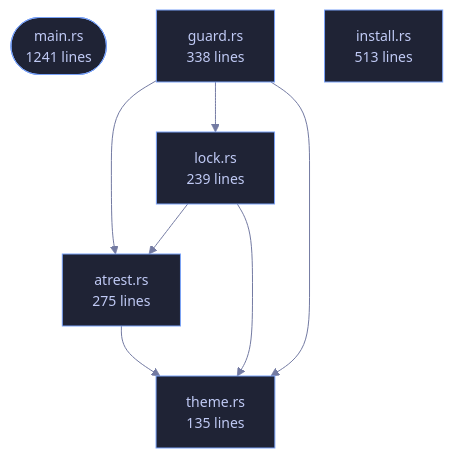
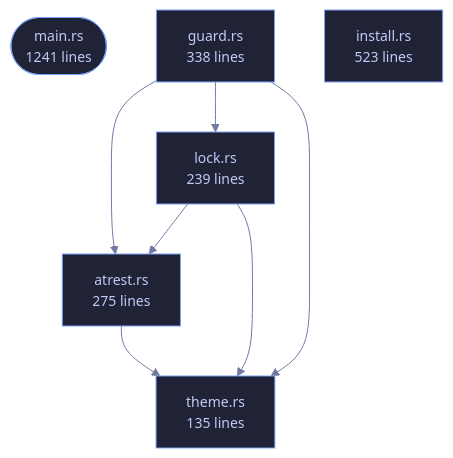
One commit to tilas01/veilvoice changed the diagram in crates/veilvoice-cli/README.md. Above: the diagram before and after it, drawn with Mermaid. The commit also changed other lines of this file and 8 other files, not shown here.

````diff
--- a/crates/veilvoice-cli/README.md
+++ b/crates/veilvoice-cli/README.md
@@ -80,22 +80,22 @@
 ```mermaid
 %%{init: {"theme":"base","themeVariables":{"background":"#1a1b26","primaryColor":"#1f2335","primaryTextColor":"#c0caf5","primaryBorderColor":"#7aa2f7","secondaryColor":"#16161e","tertiaryColor":"#16161e","lineColor":"#737aa2","textColor":"#c0caf5","mainBkg":"#1f2335","nodeBorder":"#7aa2f7","clusterBkg":"#16161e","clusterBorder":"#2f3549","fontFamily":"ui-monospace, SFMono-Regular, Consolas, monospace","fontSize":"14px"}}}%%
 flowchart TD
     n_main(["main.rs<br/>1241 lines"])
     n_atrest["atrest.rs<br/>275 lines"]
     n_guard["guard.rs<br/>338 lines"]
-    n_install["install.rs<br/>513 lines"]
+    n_install["install.rs<br/>523 lines"]
     n_lock["lock.rs<br/>239 lines"]
     n_theme["theme.rs<br/>135 lines"]
     n_atrest --> n_theme
     n_guard --> n_atrest
     n_guard --> n_lock
     n_guard --> n_theme
     n_lock --> n_atrest
     n_lock --> n_theme
     click n_main href "https://github.com/tilas01/veilvoice/blob/main/crates/veilvoice-cli/src/main.rs" "open the source"
     click n_atrest href "https://github.com/tilas01/veilvoice/blob/main/crates/veilvoice-cli/src/atrest.rs" "open the source"
     click n_guard href "https://github.com/tilas01/veilvoice/blob/main/crates/veilvoice-cli/src/guard.rs" "open the source"
     click n_install href "https://github.com/tilas01/veilvoice/blob/main/crates/veilvoice-cli/src/install.rs" "open the source"
     click n_lock href "https://github.com/tilas01/veilvoice/blob/main/crates/veilvoice-cli/src/lock.rs" "open the source"
     click n_theme href "https://github.com/tilas01/veilvoice/blob/main/crates/veilvoice-cli/src/theme.rs" "open the source"
 ```
````
